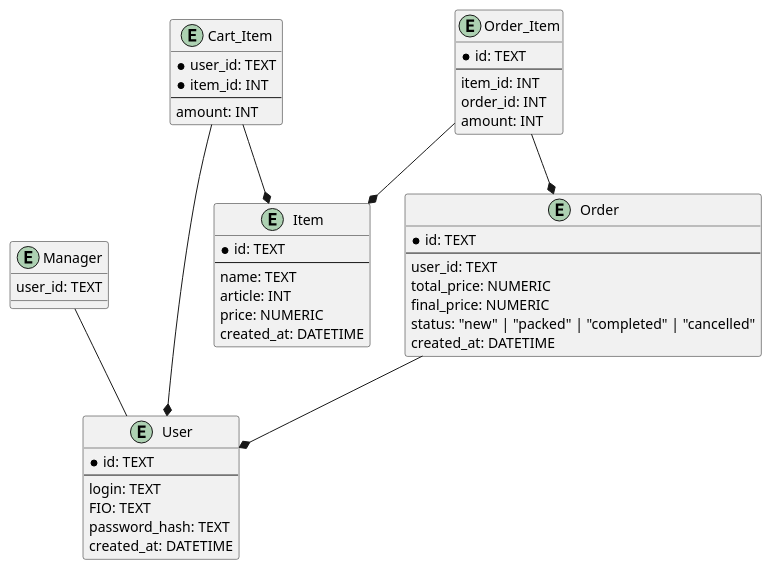
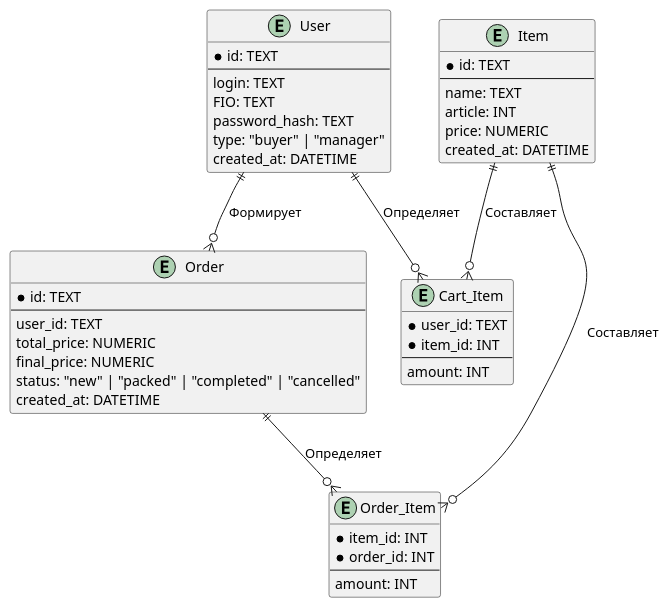
Before and after one commit to Efimish/university-4sem-pis-coursework: the diagram in db-diagram.puml, drawn with PlantUML.

Commit message:
updated database

```diff
--- a/db-diagram.puml
+++ b/db-diagram.puml
@@ -1,60 +1,53 @@
 @startuml Диаграмма базы данных
 
 entity User {
   * id: TEXT
   --
   login: TEXT
   FIO: TEXT
   password_hash: TEXT
+  type: "buyer" | "manager"
   created_at: DATETIME
-}
-
-entity Manager {
-  user_id: TEXT
 }
 
 entity Item {
   * id: TEXT
   --
   name: TEXT
   article: INT
   price: NUMERIC
   created_at: DATETIME
 }
 
 entity Cart_Item {
   * user_id: TEXT
   * item_id: INT
   --
   amount: INT
 }
 
 entity Order {
   * id: TEXT
   --
   user_id: TEXT
   total_price: NUMERIC
   final_price: NUMERIC
   status: "new" | "packed" | "completed" | "cancelled"
   created_at: DATETIME
 }
 
 entity Order_Item {
-  * id: TEXT
+  * item_id: INT
+  * order_id: INT
   --
-  item_id: INT
-  order_id: INT
   amount: INT
 }
 
-Manager -- User
+User  ||--o{ Order      : Формирует
+Order ||--o{ Order_Item : Определяет
+Item  ||--o{ Order_Item : Составляет
 
-Order --* User
-
-Cart_Item --* Item
-Cart_Item --* User
-
-Order_Item --* Item
-Order_Item --* Order
+User ||--o{ Cart_Item : Определяет
+Item ||--o{ Cart_Item : Составляет
 
 @enduml
```
